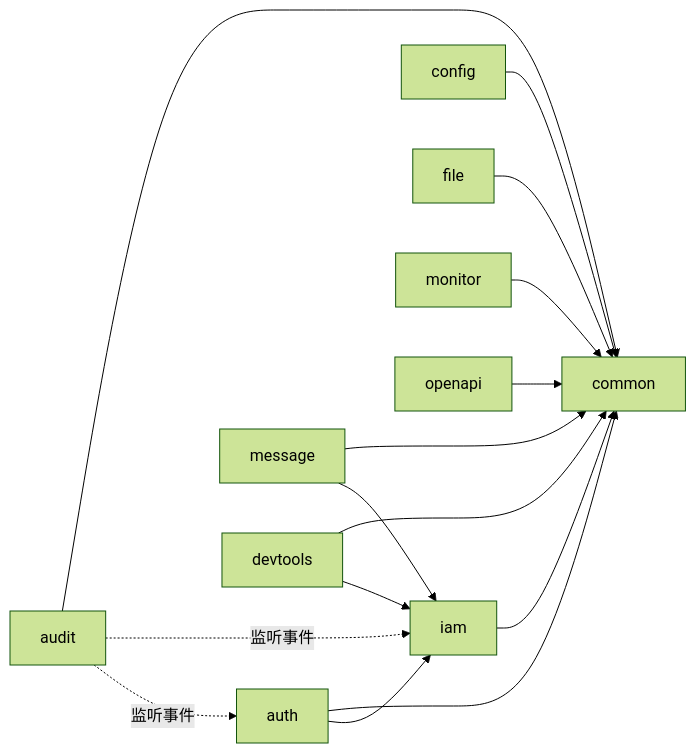
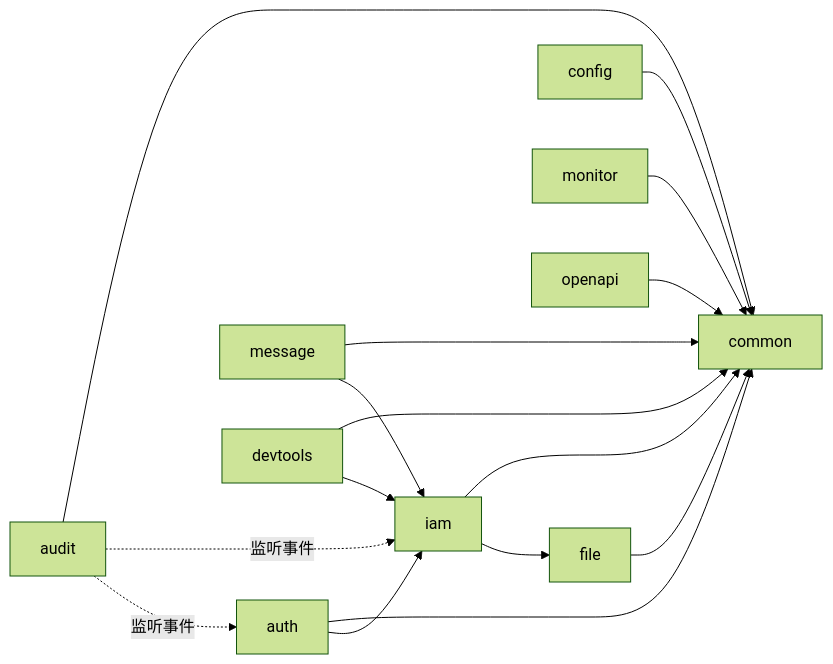
Before and after one commit to ice-juice/spring-modulith-admin: the diagram in README.md, drawn with Mermaid (forest theme). The commit also changed other lines of this file and 39 other files, not shown here.

````diff
--- a/README.md
+++ b/README.md
@@ -65,9 +66,10 @@
 ```mermaid
 flowchart LR
   auth --> iam
+  iam --> file
   message --> iam
   devtools --> iam
   audit -. 监听事件 .-> auth
   audit -. 监听事件 .-> iam
   iam & auth & config & audit & message & file & monitor & devtools & openapi --> common
 ```
````
